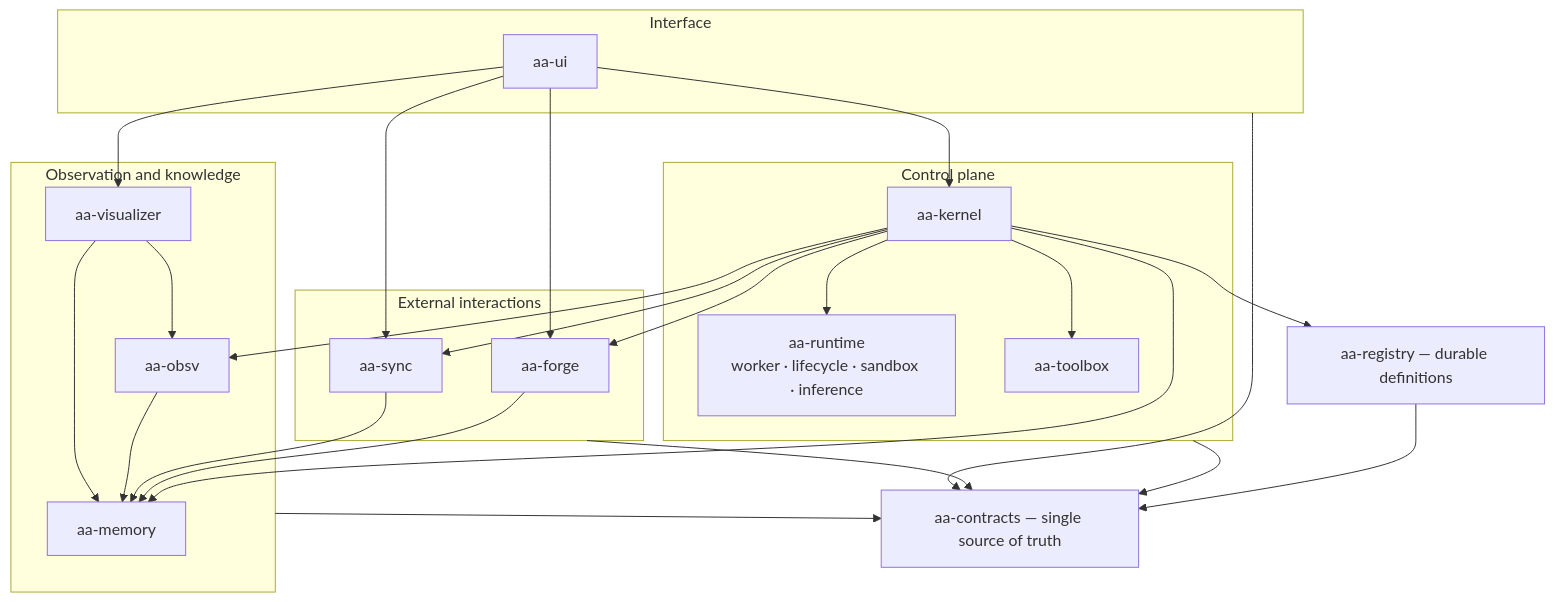
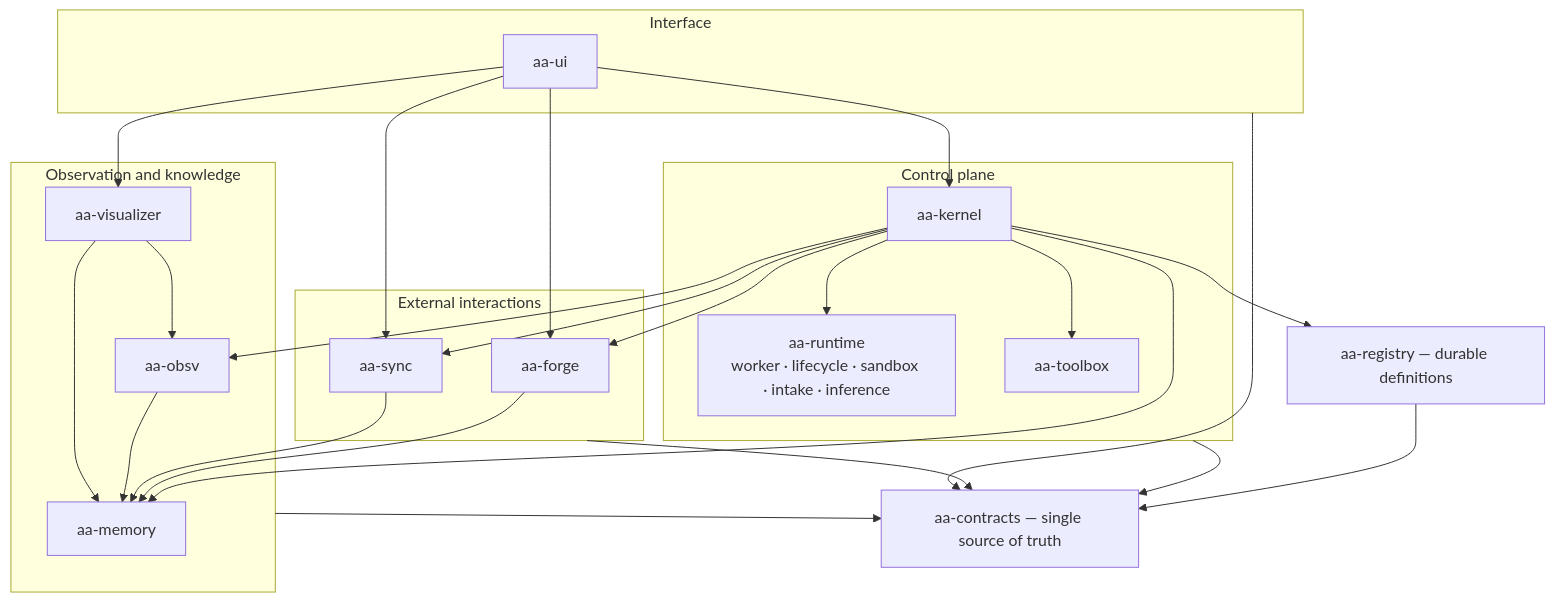
One commit to greadee/aa changed the second of 6 diagrams in docs/architecture/README.md. Above: the diagram before and after it, drawn with Mermaid. The commit also changed other lines of this file and 11 other files, not shown here.

Commit message:
move result intake to runtime

````diff
--- a/docs/architecture/README.md
+++ b/docs/architecture/README.md
@@ -138,44 +138,44 @@
 ```mermaid
 flowchart TB
     subgraph UX["Interface"]
         ui["aa-ui"]
     end
     subgraph Control["Control plane"]
         kernel["aa-kernel"]
-        runtime["aa-runtime<br/>worker · lifecycle · sandbox · inference"]
+        runtime["aa-runtime<br/>worker · lifecycle · sandbox · intake · inference"]
         toolbox["aa-toolbox"]
     end
     subgraph World["External interactions"]
         forge["aa-forge"]
         sync["aa-sync"]
     end
     subgraph Knowledge["Observation and knowledge"]
         obsv["aa-obsv"]
         memory["aa-memory"]
         visualizer["aa-visualizer"]
     end
     registry["aa-registry — durable definitions"]
     contracts["aa-contracts — single source of truth"]
 
     ui --> kernel
     ui --> visualizer
     ui --> forge
     ui --> sync
     kernel --> registry
     kernel --> runtime
     kernel --> toolbox
     kernel --> obsv
     kernel --> memory
     kernel --> sync
     kernel --> forge
     forge --> memory
     sync --> memory
     obsv --> memory
     visualizer --> obsv
     visualizer --> memory
     registry --> contracts
     Control --> contracts
     World --> contracts
     Knowledge --> contracts
     UX --> contracts
 ```
````
